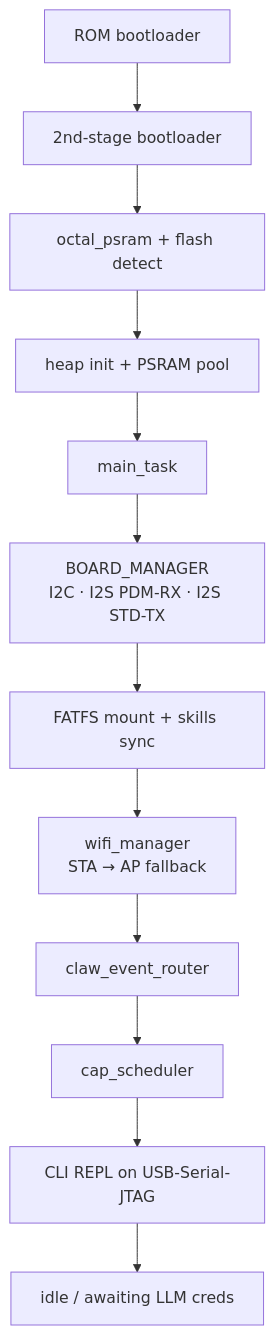
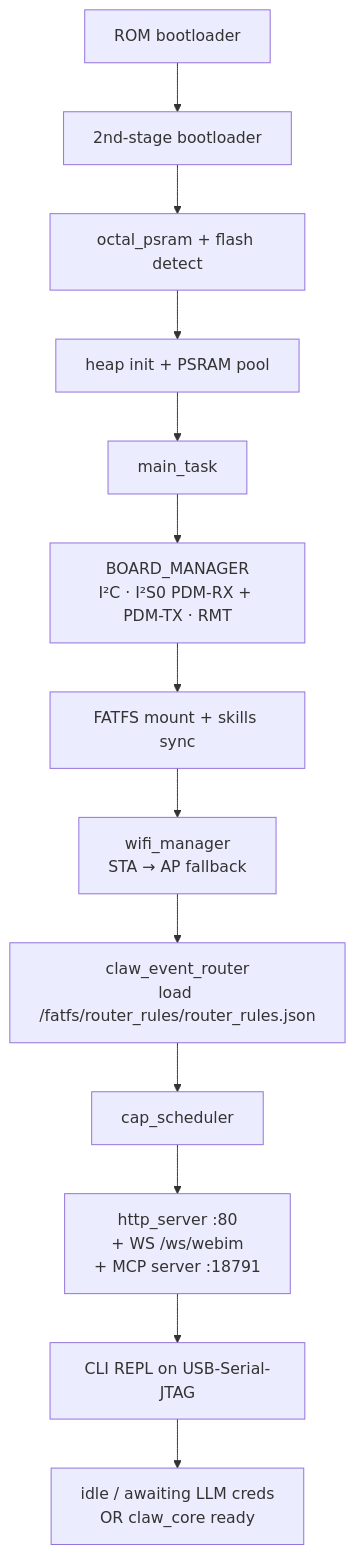
Before and after one commit to PascalAI2024/JarvisNano: the sixth of 6 diagrams in docs/ARCHITECTURE.md, drawn with Mermaid. The commit also changed other lines of this file and 5 other files, not shown here.

````diff
--- a/docs/ARCHITECTURE.md
+++ b/docs/ARCHITECTURE.md
@@ -126,14 +194,15 @@
 ```mermaid
 flowchart TD
     A[ROM bootloader] --> B[2nd-stage bootloader]
     B --> C[octal_psram + flash detect]
     C --> D[heap init + PSRAM pool]
     D --> E[main_task]
-    E --> F[BOARD_MANAGER<br/>I2C · I2S PDM-RX · I2S STD-TX]
+    E --> F[BOARD_MANAGER<br/>I²C · I²S0 PDM-RX + PDM-TX · RMT]
     F --> G[FATFS mount + skills sync]
     G --> H[wifi_manager<br/>STA → AP fallback]
-    H --> I[claw_event_router]
+    H --> I[claw_event_router<br/>load /fatfs/router_rules/router_rules.json]
     I --> J[cap_scheduler]
-    J --> K[CLI REPL on USB-Serial-JTAG]
-    K --> L[idle / awaiting LLM creds]
+    J --> K[http_server :80<br/>+ WS /ws/webim<br/>+ MCP server :18791]
+    K --> L[CLI REPL on USB-Serial-JTAG]
+    L --> M[idle / awaiting LLM creds<br/>OR claw_core ready]
 ```
````
